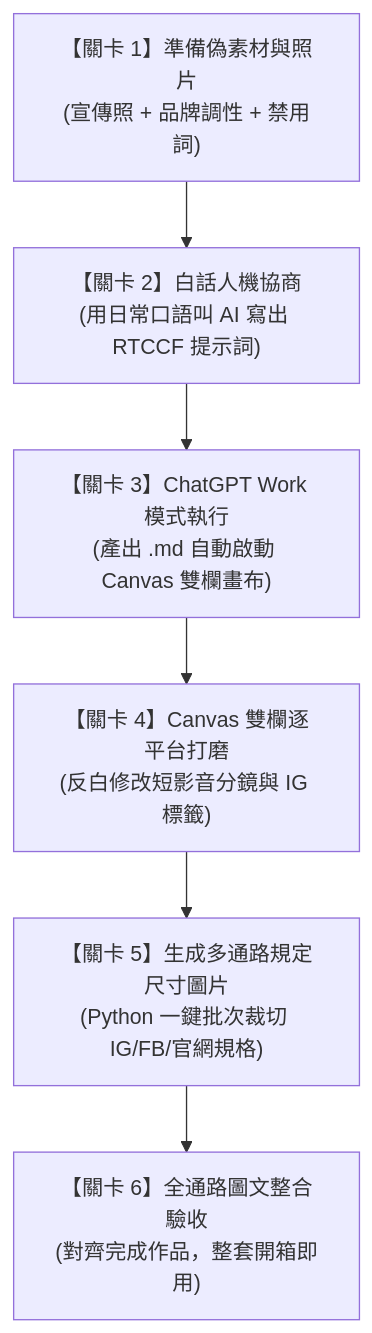
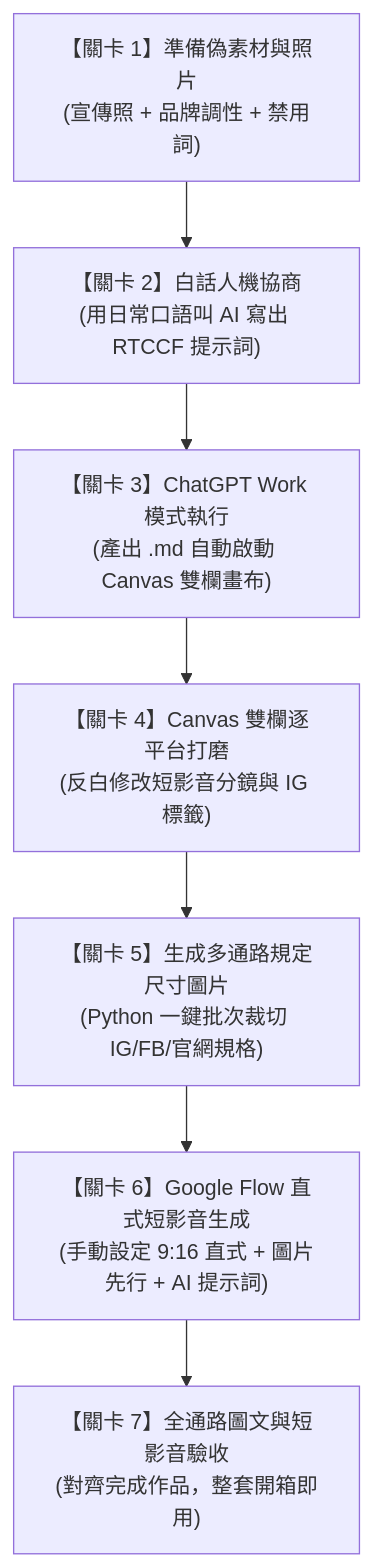
The first of 2 diagrams in 常見的AI應用/實戰範例/02_社群行銷素材多格式產出/README.md (roberthsu2003/workflow-productivity), drawn with Mermaid before and after one commit. The commit also changed other lines of this file and 1 other file, not shown here.

````diff
--- a/常見的AI應用/實戰範例/02_社群行銷素材多格式產出/README.md
+++ b/常見的AI應用/實戰範例/02_社群行銷素材多格式產出/README.md
@@ -35,8 +35,9 @@
 ```mermaid
 flowchart TD
     S1["【關卡 1】準備偽素材與照片<br/>(宣傳照 + 品牌調性 + 禁用詞)"] --> S2["【關卡 2】白話人機協商<br/>(用日常口語叫 AI 寫出 RTCCF 提示詞)"]
     S2 --> S3["【關卡 3】ChatGPT Work 模式執行<br/>(產出 .md 自動啟動 Canvas 雙欄畫布)"]
     S3 --> S4["【關卡 4】Canvas 雙欄逐平台打磨<br/>(反白修改短影音分鏡與 IG 標籤)"]
     S4 --> S5["【關卡 5】生成多通路規定尺寸圖片<br/>(Python 一鍵批次裁切 IG/FB/官網規格)"]
-    S5 --> S6["【關卡 6】全通路圖文整合驗收<br/>(對齊完成作品，整套開箱即用)"]
+    S5 --> S6["【關卡 6】Google Flow 直式短影音生成<br/>(手動設定 9:16 直式 + 圖片先行 + AI 提示詞)"]
+    S6 --> S7["【關卡 7】全通路圖文與短影音驗收<br/>(對齊完成作品，整套開箱即用)"]
 ```
````
